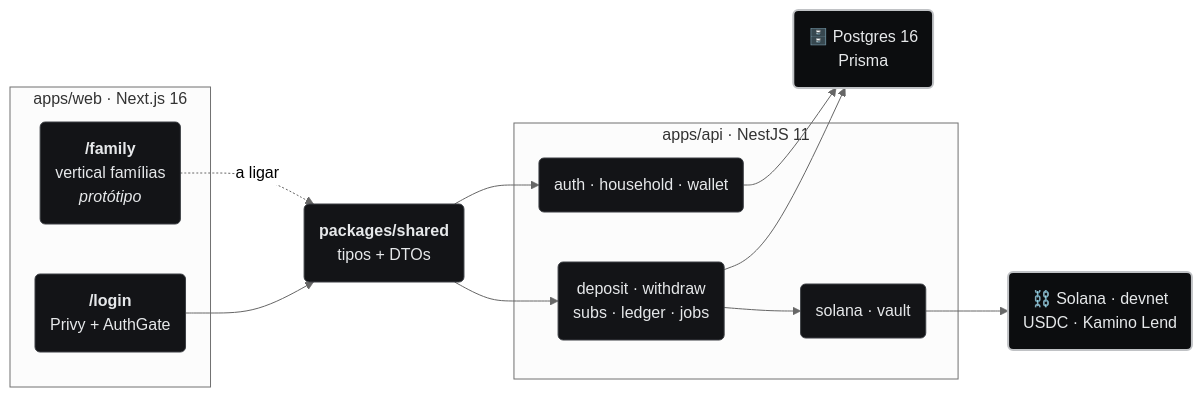
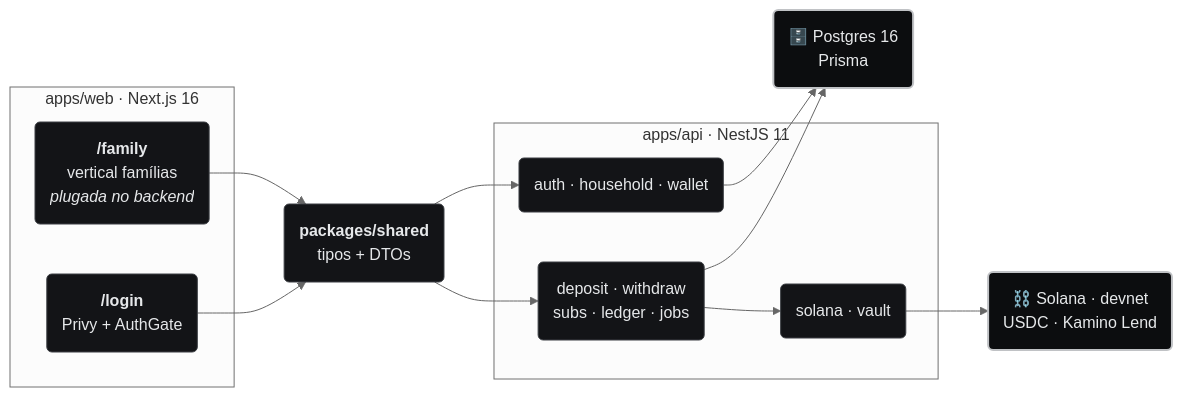
Before and after one commit to Tiago-Alcantara/yield2Pay-solana: the third of 3 diagrams in README.md, drawn with Mermaid (neutral theme). The commit also changed other lines of this file and 1 other file, not shown here.

First line of the commit message:
docs: update README to match the wired /family vertical

````diff
--- a/README.md
+++ b/README.md
@@ -222,32 +229,32 @@
 ```mermaid
 flowchart LR
     subgraph web["apps/web · Next.js 16"]
-        FAM("<b>/family</b><br/>vertical famílias<br/><i>protótipo</i>")
+        FAM("<b>/family</b><br/>vertical famílias<br/><i>plugada no backend</i>")
         LOGIN("<b>/login</b><br/>Privy + AuthGate")
     end
 
     T("<b>packages/shared</b><br/>tipos + DTOs")
 
     subgraph api["apps/api · NestJS 11"]
         AUTH("auth · household · wallet")
         FLOW("deposit · withdraw<br/>subs · ledger · jobs")
         CHAIN("solana · vault")
     end
 
     PG("🗄️ Postgres 16<br/>Prisma")
     SOL("⛓️ Solana · devnet<br/>USDC · Kamino Lend")
 
-    FAM -.->|"a ligar"| T
+    FAM --> T
     LOGIN --> T
     T --> AUTH
     T --> FLOW
     AUTH --> PG
     FLOW --> PG
     FLOW --> CHAIN
     CHAIN --> SOL
 
     classDef box fill:#131417,stroke:#3c3f44,stroke-width:1px,color:#E6E8EA
     classDef ext fill:#0c0d0f,stroke:#C0C2C5,stroke-width:2px,color:#E6E8EA
     class FAM,LOGIN,T,AUTH,FLOW,CHAIN box
     class PG,SOL ext
 ```
````
